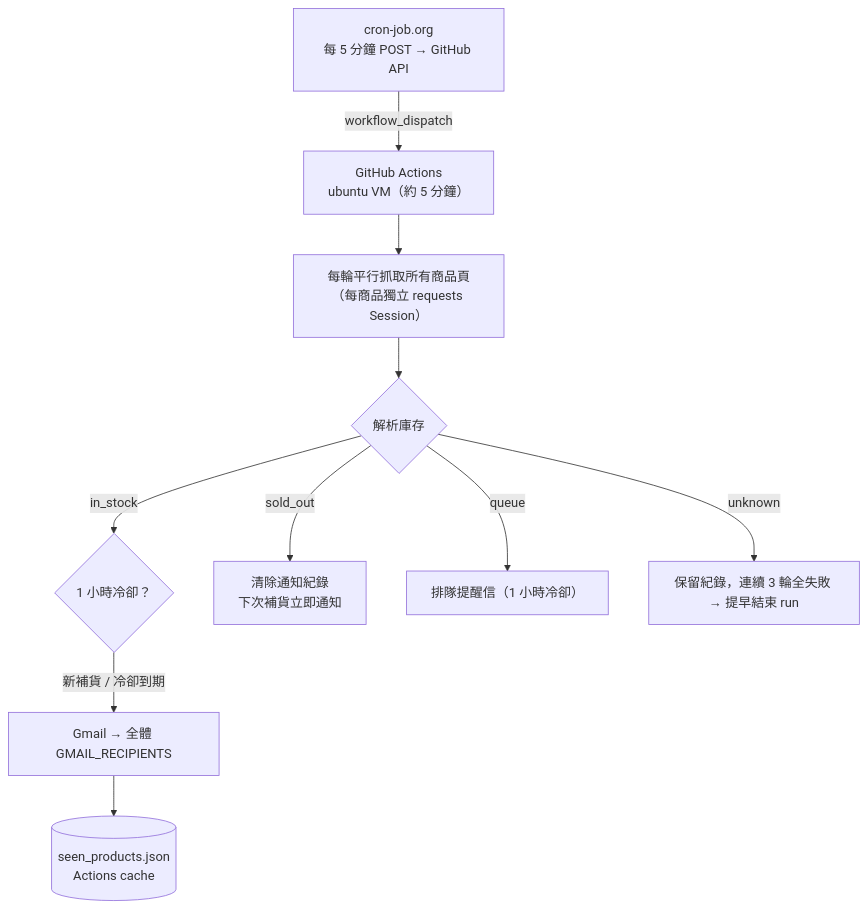
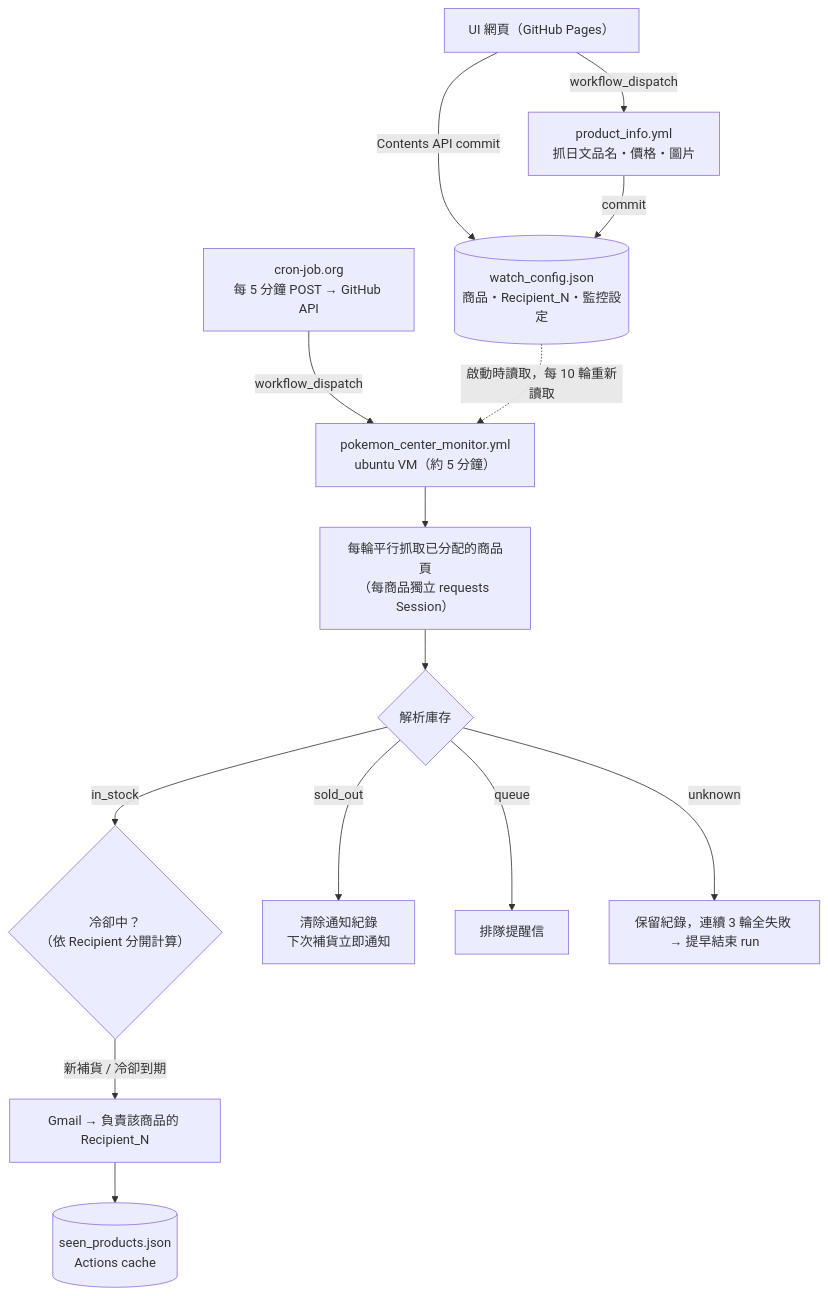
One commit to k0341055/pokemon-center-monitor changed the diagram in README.md. Above: the diagram before and after it, drawn with Mermaid. The commit also changed other lines of this file and 6 other files, not shown here.

````diff
--- a/README.md
+++ b/README.md
@@ -26,12 +55,16 @@
 ```mermaid
 flowchart TD
-    CRON["cron-job.org\n每 5 分鐘 POST → GitHub API"] -->|workflow_dispatch| GA["GitHub Actions\nubuntu VM（約 5 分鐘）"]
-    GA --> FETCH["每輪平行抓取所有商品頁\n（每商品獨立 requests Session）"]
+    UI["UI 網頁（GitHub Pages）"] -->|Contents API commit| CFG[("watch_config.json\n商品・Recipient_N・監控設定")]
+    UI -->|workflow_dispatch| INFO["product_info.yml\n抓日文品名・價格・圖片"]
+    INFO -->|commit| CFG
+    CRON["cron-job.org\n每 5 分鐘 POST → GitHub API"] -->|workflow_dispatch| GA["pokemon_center_monitor.yml\nubuntu VM（約 5 分鐘）"]
+    CFG -.->|啟動時讀取，每 10 輪重新讀取| GA
+    GA --> FETCH["每輪平行抓取已分配的商品頁\n（每商品獨立 requests Session）"]
     FETCH --> PARSE{"解析庫存"}
-    PARSE -->|in_stock| COOL{"1 小時冷卻？"}
+    PARSE -->|in_stock| COOL{"冷卻中？\n（依 Recipient 分開計算）"}
     PARSE -->|sold_out| RESET["清除通知紀錄\n下次補貨立即通知"]
-    PARSE -->|queue| QMAIL["排隊提醒信（1 小時冷卻）"]
+    PARSE -->|queue| QMAIL["排隊提醒信"]
     PARSE -->|unknown| SKIP["保留紀錄，連續 3 輪全失敗 → 提早結束 run"]
-    COOL -->|新補貨 / 冷卻到期| MAIL["Gmail → 全體 GMAIL_RECIPIENTS"]
+    COOL -->|新補貨 / 冷卻到期| MAIL["Gmail → 負責該商品的 Recipient_N"]
     MAIL --> STATE[("seen_products.json\nActions cache")]
 ```
````
